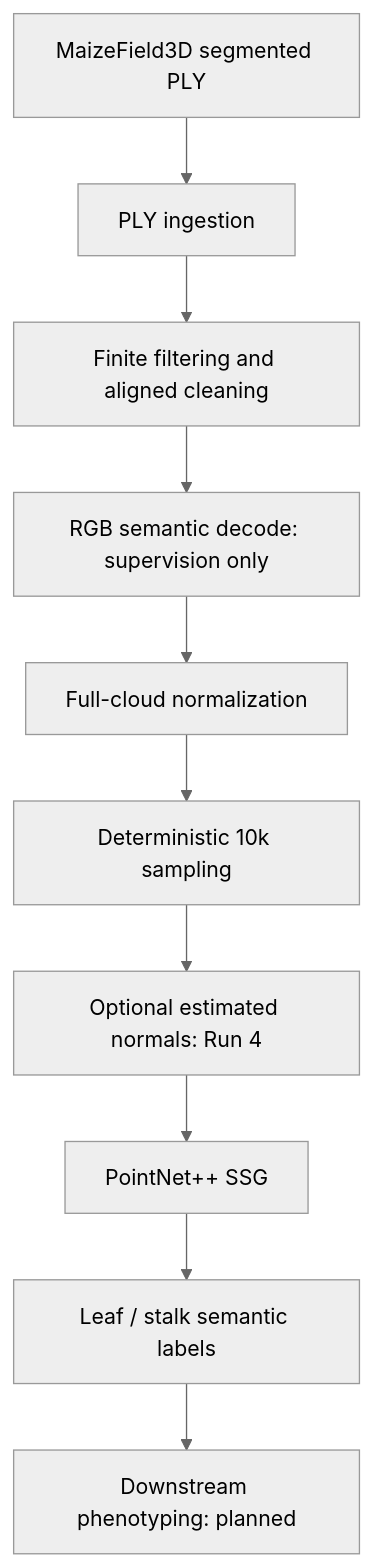
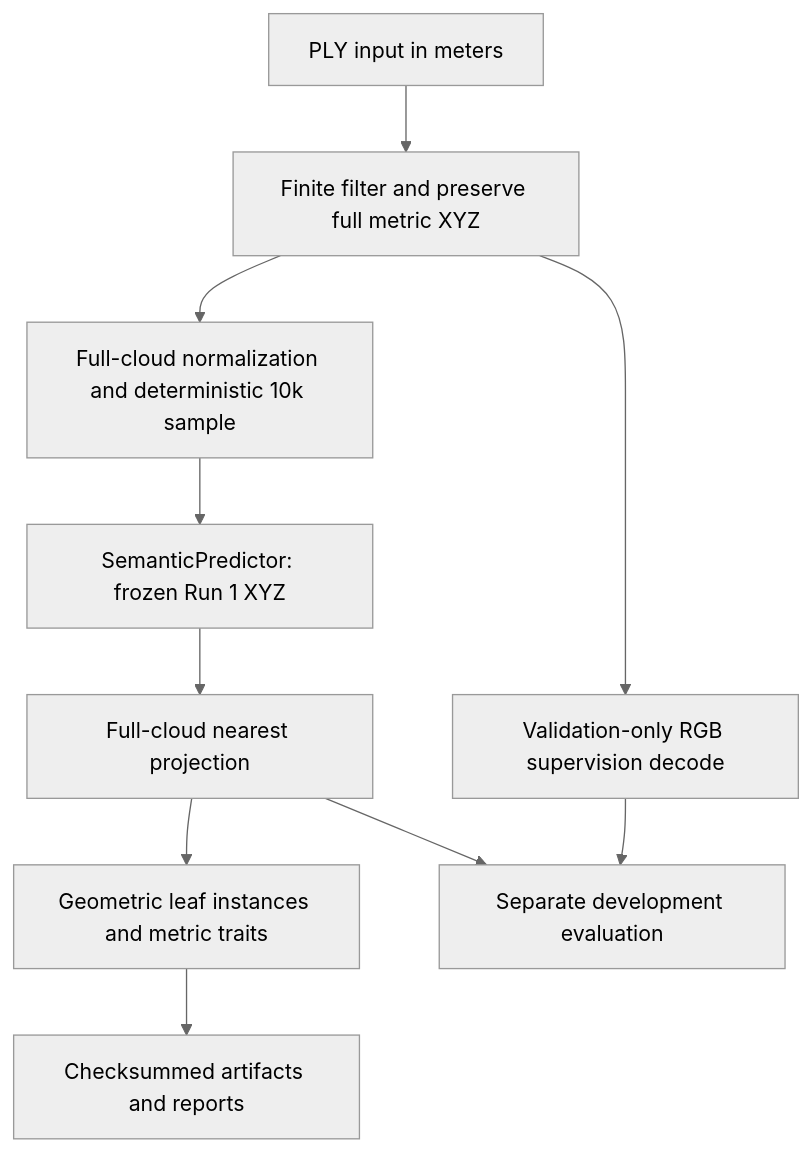
Before and after one commit to GuilhermeFrAlmeida/agri3d-crop-phenotyping: the first of 5 diagrams in docs/architecture.md, drawn with Mermaid (neutral theme). The commit also changed other lines of this file and 37 other files, not shown here.

Commit message:
Implement frozen semantic inference and CPU-first Phases 4/5 phenotyping pipeline

````diff
--- a/docs/architecture.md
+++ b/docs/architecture.md
@@ -7,12 +7,12 @@
 ```mermaid
 flowchart TD
-    A[MaizeField3D segmented PLY] --> B[PLY ingestion]
-    B --> C[Finite filtering and aligned cleaning]
-    C --> D[RGB semantic decode: supervision only]
-    D --> E[Full-cloud normalization]
-    E --> F[Deterministic 10k sampling]
-    F --> G[Optional estimated normals: Run 4]
-    G --> H[PointNet++ SSG]
-    H --> I[Leaf / stalk semantic labels]
-    I --> J[Downstream phenotyping: planned]
+    A[PLY input in meters] --> B[Finite filter and preserve full metric XYZ]
+    B --> C[Full-cloud normalization and deterministic 10k sample]
+    C --> D[SemanticPredictor: frozen Run 1 XYZ]
+    D --> E[Full-cloud nearest projection]
+    E --> F[Geometric leaf instances and metric traits]
+    F --> G[Checksummed artifacts and reports]
+    B --> H[Validation-only RGB supervision decode]
+    H --> I[Separate development evaluation]
+    E --> I
 ```
````
